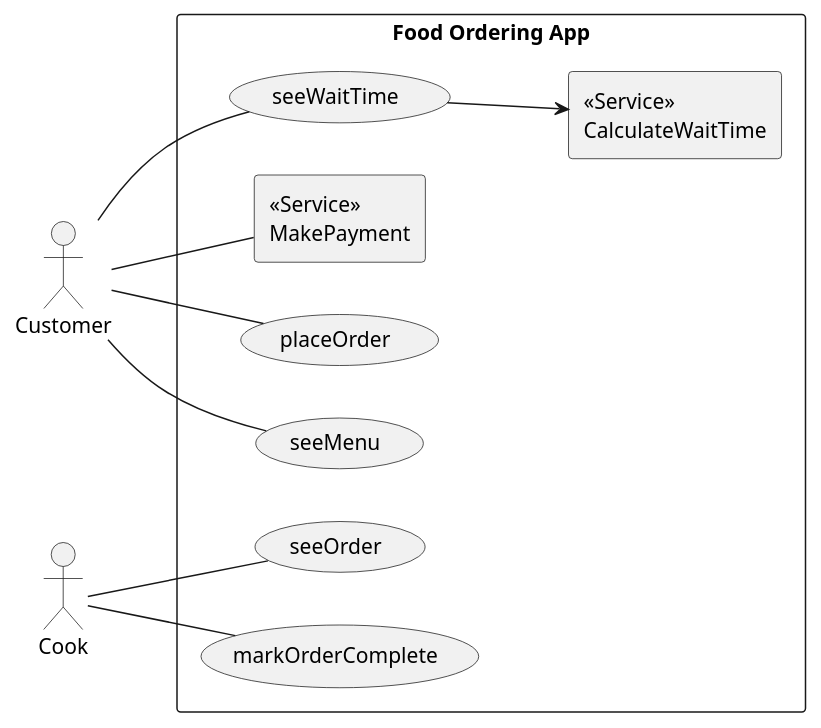
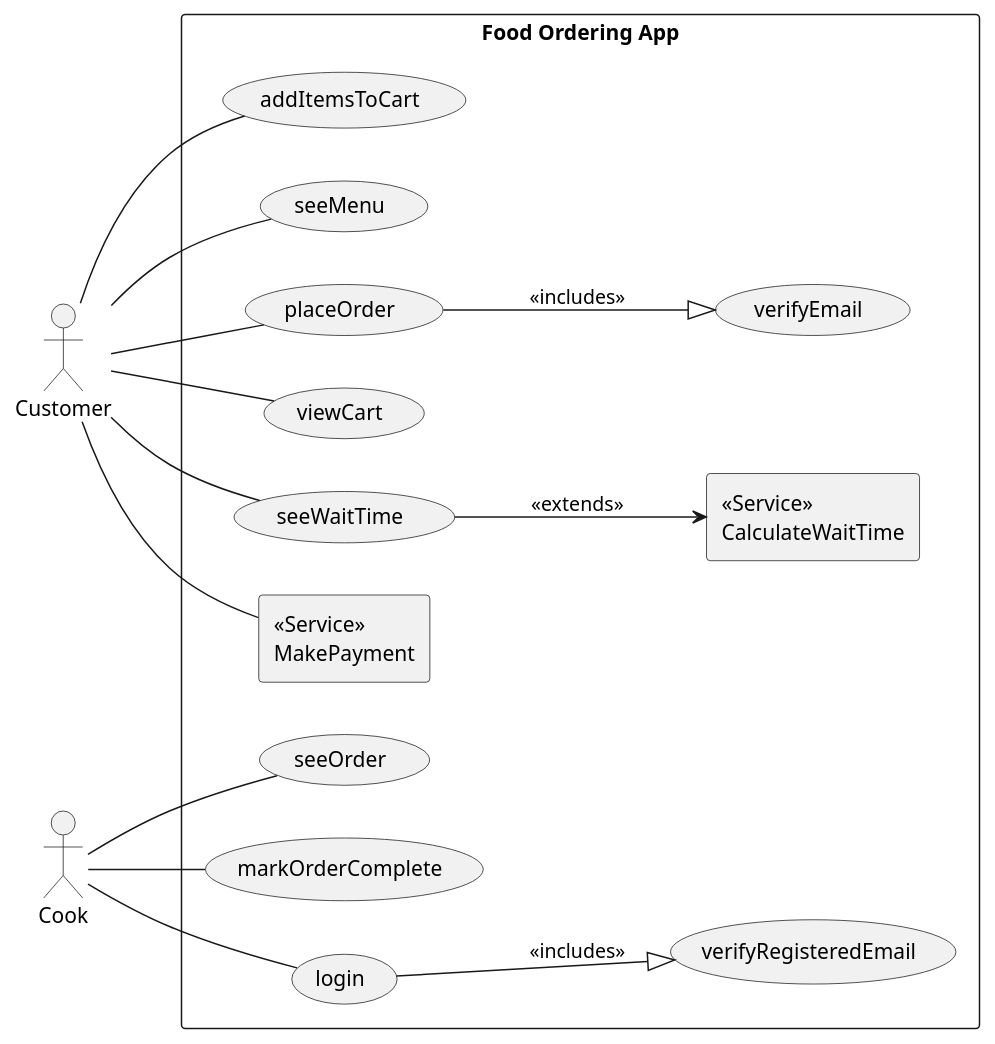
The diagram in useCaseDia.plantuml (jayd719/DjangoFoodOrderingApp), drawn with PlantUML before and after one commit.

```diff
--- a/useCaseDia.plantuml
+++ b/useCaseDia.plantuml
@@ -1,39 +1,52 @@
 @startuml Usecase
 'styles
 skinparam packageStyle rectangle
 left to right direction
 
 
-'actors
+'ACTORS
 Actor Customer as customer
 Actor Cook as cook
 
 
-'usecases
-
 
 rectangle "Food Ordering App"{
-usecase placeOrder
-usecase seeMenu
-usecase seeOrder
-usecase markOrderComplete
-usecase seeWaitTime
+    ' USECASES
+    usecase addItemsToCart
+    usecase seeMenu
+    usecase placeOrder
+    usecase seeOrder
+    usecase viewCart
+    usecase markOrderComplete
+    usecase seeWaitTime
+    usecase verifyEmail
+    usecase verifyRegisteredEmail
+    usecase login
 
+    ' SERVICES
     rectangle "<<Service>>\nCalculateWaitTime" as serviceWaitTime
     rectangle "<<Service>>\nMakePayment" as servicePayment
 
 }
 
 'links
+customer--seeMenu
+customer--addItemsToCart
 customer--placeOrder
-customer--seeMenu
 customer--seeWaitTime
 customer--servicePayment
+customer--viewCart
 
-seeWaitTime-->serviceWaitTime
+
+seeWaitTime-->serviceWaitTime:<<extends>>
+
 cook--seeOrder
+cook--login
 cook--markOrderComplete
+
+login--|>verifyRegisteredEmail:<<includes>>
+placeOrder--|>verifyEmail:<<includes>>
 
 
 
 @enduml
```
